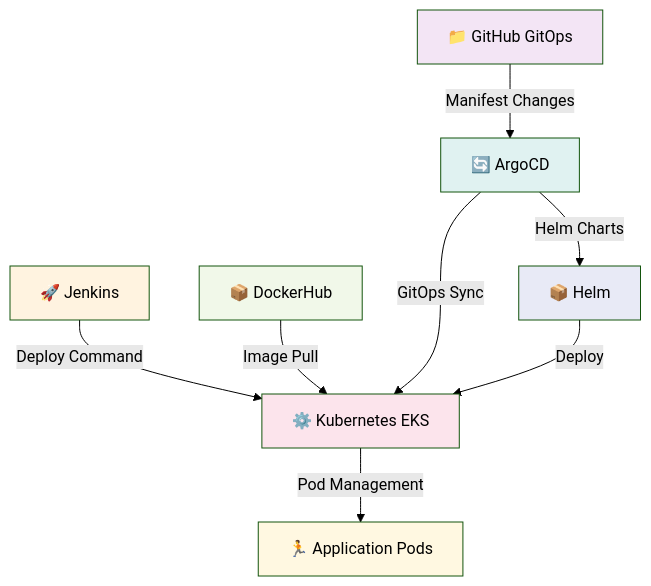
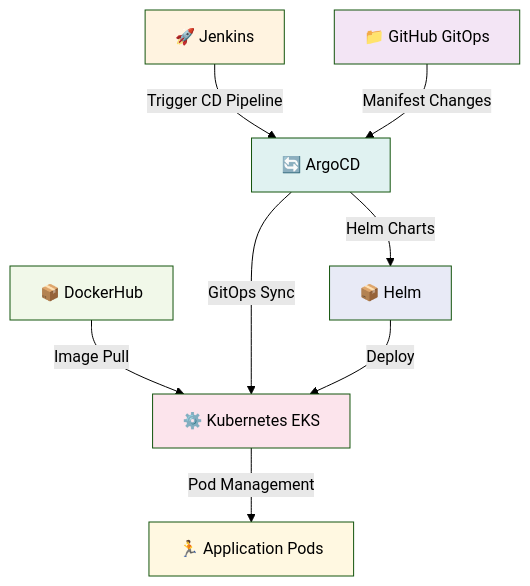
Before and after one commit to onurglr/aws-pipeline: the fifth of 7 diagrams in README.md, drawn with Mermaid (forest theme). The commit also changed other lines of this file and 1 other file, not shown here.

````diff
--- a/README.md
+++ b/README.md
@@ -220,19 +208,19 @@
 ```mermaid
 graph TB
-    JM[🚀 Jenkins] -->|Deploy Command| K8S[⚙️ Kubernetes EKS]
-    DH[📦 DockerHub] -->|Image Pull| K8S
-    A[🔄 ArgoCD] -->|GitOps Sync| K8S
+    JM[🚀 Jenkins] -->|Trigger CD Pipeline| A[🔄 ArgoCD]
+    DH[📦 DockerHub] -->|Image Pull| K8S[⚙️ Kubernetes EKS]
+    A -->|GitOps Sync| K8S
     A -->|Helm Charts| H[📦 Helm]
     H -->|Deploy| K8S
     K8S -->|Pod Management| APP[🏃 Application Pods]
     
     GH[📁 GitHub GitOps] -->|Manifest Changes| A
     
     style JM fill:#fff3e0
     style K8S fill:#fce4ec
     style DH fill:#f1f8e9
     style A fill:#e0f2f1
     style H fill:#e8eaf6
     style APP fill:#fff8e1
     style GH fill:#f3e5f5
 ```
````
